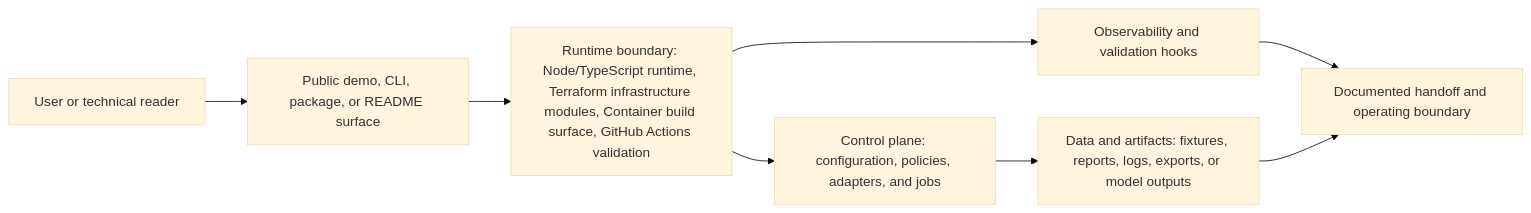
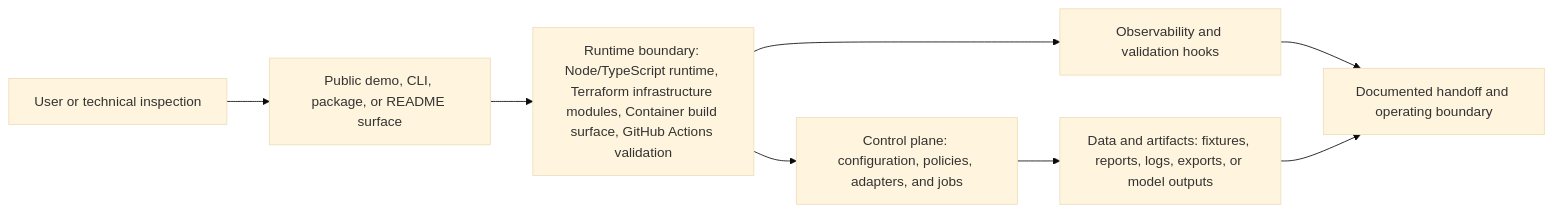
Before and after one commit to KIM3310/twincity-ui: the diagram in docs/system-architecture.md, drawn with Mermaid (base theme). The commit also changed 21 other files, not shown here.

Commit message:
Polish architecture-centered repository surfaces

````diff
--- a/docs/system-architecture.md
+++ b/docs/system-architecture.md
@@ -18,10 +18,10 @@
 ```mermaid
 flowchart LR
-    User["User or technical reader"] --> Surface["Public demo, CLI, package, or README surface"]
+    User["User or technical inspection"] --> Surface["Public demo, CLI, package, or README surface"]
     Surface --> Runtime["Runtime boundary: Node/TypeScript runtime, Terraform infrastructure modules, Container build surface, GitHub Actions validation"]
     Runtime --> Control["Control plane: configuration, policies, adapters, and jobs"]
     Control --> Data["Data and artifacts: fixtures, reports, logs, exports, or model outputs"]
     Runtime --> Observability["Observability and validation hooks"]
     Observability --> Handoff["Documented handoff and operating boundary"]
     Data --> Handoff
 ```
````
